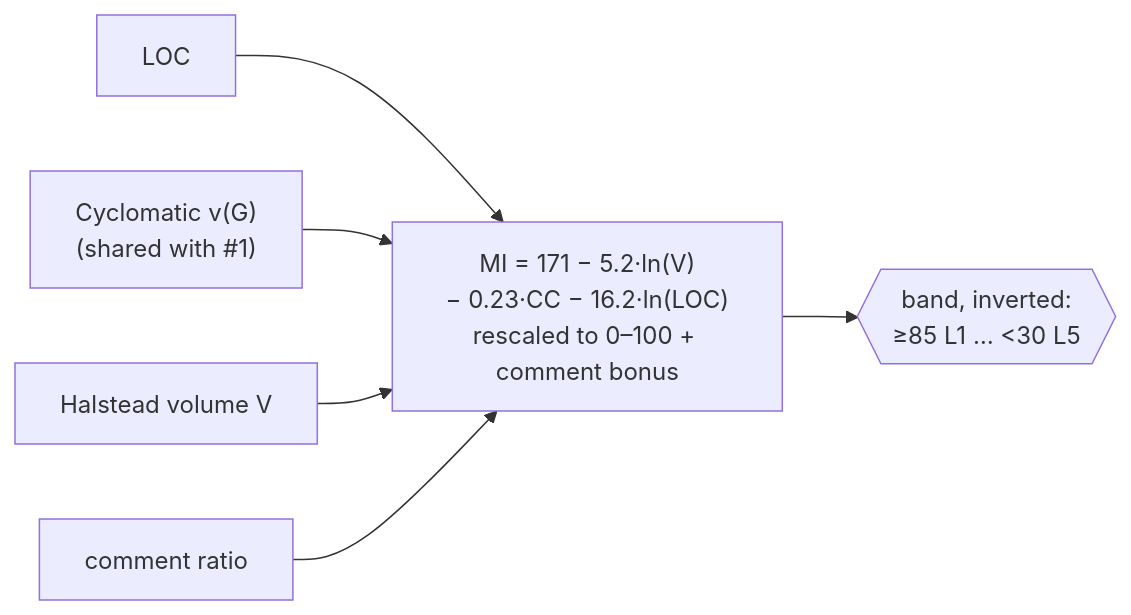
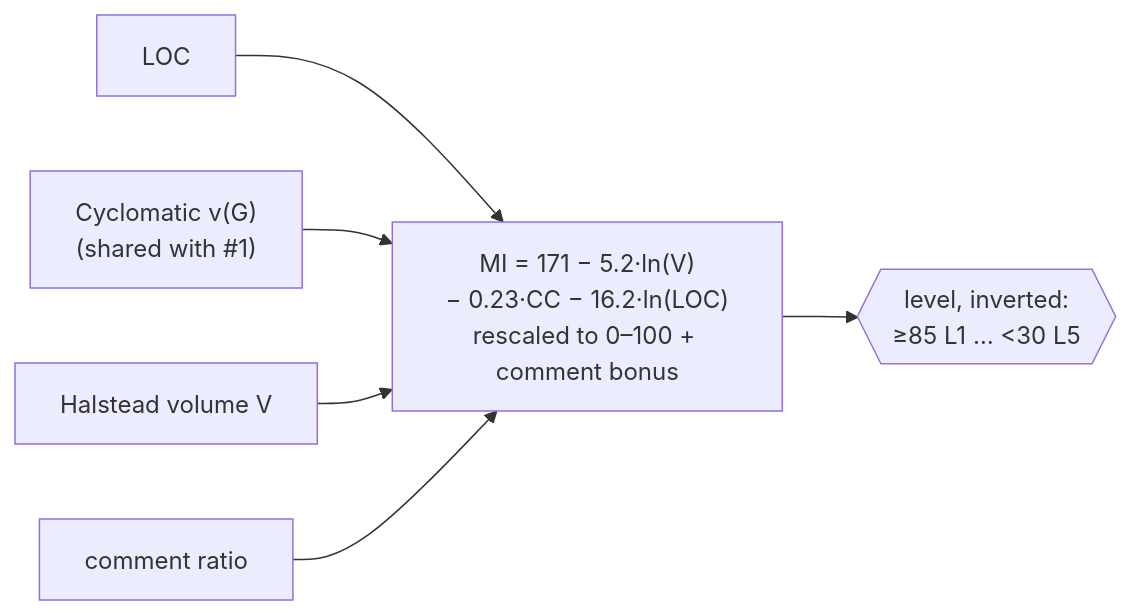
One commit to KrishnaAnnavaram/adaptive-legacy-code-complexity-harness changed the eighth of 8 diagrams in README.md. Above: the diagram before and after it, drawn with Mermaid. The commit also changed other lines of this file and 1 other file, not shown here.

````diff
--- a/README.md
+++ b/README.md
@@ -499,9 +732,9 @@
 ```mermaid
 flowchart LR
     LOC[LOC] --> MI
     CC["Cyclomatic v(G)<br/>(shared with #1)"] --> MI
     V["Halstead volume V"] --> MI
     CR[comment ratio] --> MI
     MI["MI = 171 − 5.2·ln(V)<br/>− 0.23·CC − 16.2·ln(LOC)<br/>rescaled to 0–100 + comment bonus"]
-    MI --> B{{"band, inverted:<br/>≥85 L1 … <30 L5"}}
+    MI --> B{{"level, inverted:<br/>≥85 L1 … <30 L5"}}
 ```
````
